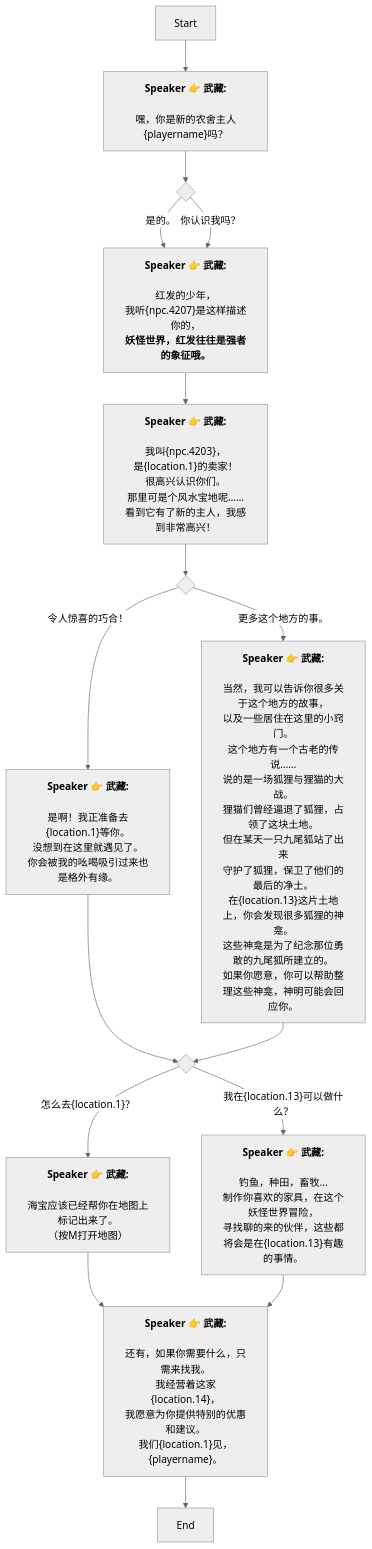
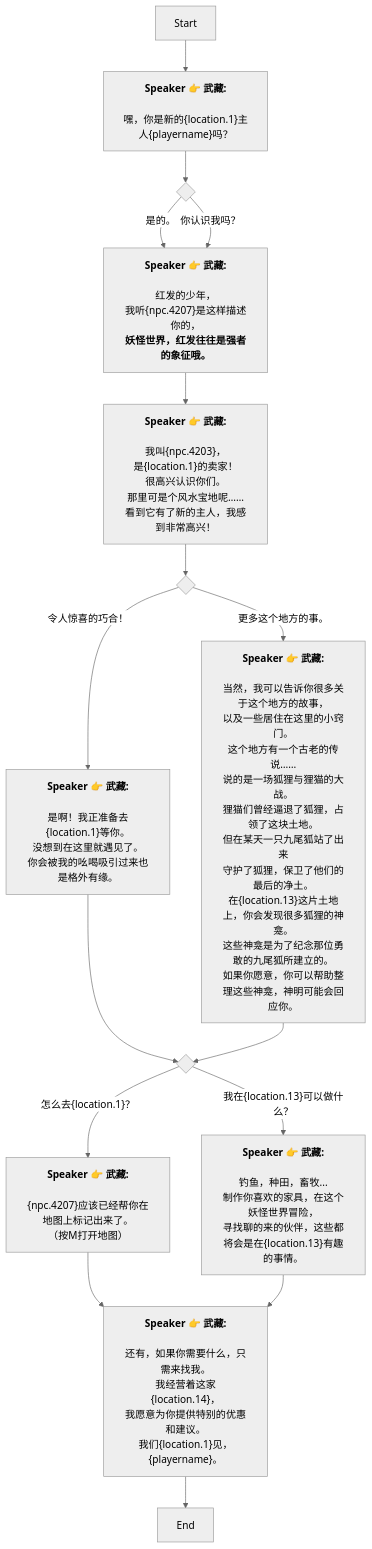
One commit to SoftHu/tos_avg changed the diagram in Zh/AddDialogNode_1738912268757183.md. Above: the diagram before and after it, drawn with Mermaid (neutral theme). The commit also changed 199 other files, not shown here.

````diff
--- a/Zh/AddDialogNode_1738912268757183.md
+++ b/Zh/AddDialogNode_1738912268757183.md
@@ -1,67 +1,67 @@
 ```mermaid
 graph
 Start -->1738912725988551[<b>Speaker 👉 武藏:</b>
 
-嘿，你是新的农舍主人&lbrace;playername&rbrace;吗？]
+嘿，你是新的&lbrace;location.1&rbrace;主人&lbrace;playername&rbrace;吗？]
 1738912725988551 -->1738977695947936{ }
 1738977695947936 -->|是的。|1738977842280613[<b>Speaker 👉 武藏:</b>
 
 红发的少年，
 我听&lbrace;npc.4207&rbrace;是这样描述你的，
 <b>妖怪世界，红发往往是强者的象征哦。</b>]
 1738977695947936 -->|你认识我吗？|1738977842280613[<b>Speaker 👉 武藏:</b>
 
 红发的少年，
 我听&lbrace;npc.4207&rbrace;是这样描述你的，
 <b>妖怪世界，红发往往是强者的象征哦。</b>]
 1738977842280613 -->1740664161411315[<b>Speaker 👉 武藏:</b>
 
 我叫&lbrace;npc.4203&rbrace;，
 是&lbrace;location.1&rbrace;的卖家！
 很高兴认识你们。
 那里可是个风水宝地呢……
 看到它有了新的主人，我感到非常高兴！]
 1740664161411315 -->1738978209587366{ }
 1738978209587366 -->|令人惊喜的巧合！|1738978238674091[<b>Speaker 👉 武藏:</b>
 
 是啊！我正准备去&lbrace;location.1&rbrace;等你。
 没想到在这里就遇见了。
 你会被我的吆喝吸引过来也是格外有缘。]
 1738978209587366 -->|更多这个地方的事。|1738978401349804[<b>Speaker 👉 武藏:</b>
 
 当然，我可以告诉你很多关于这个地方的故事，
 以及一些居住在这里的小窍门。
 这个地方有一个古老的传说……
 说的是一场狐狸与狸猫的大战。
 狸猫们曾经逼退了狐狸，占领了这块土地。
 但在某天一只九尾狐站了出来
 守护了狐狸，保卫了他们的最后的净土。
 在&lbrace;location.13&rbrace;这片土地上，你会发现很多狐狸的神龛。
 这些神龛是为了纪念那位勇敢的九尾狐所建立的。
 如果你愿意，你可以帮助整理这些神龛，神明可能会回应你。]
 1738978238674091 -->1738978802778285{ }
 1738978802778285 -->|怎么去&lbrace;location.1&rbrace;？|1738979190730931[<b>Speaker 👉 武藏:</b>
 
-海宝应该已经帮你在地图上标记出来了。
+&lbrace;npc.4207&rbrace;应该已经帮你在地图上标记出来了。
 （按M打开地图）]
 1738978802778285 -->|我在&lbrace;location.13&rbrace;可以做什么？|1738979238631604[<b>Speaker 👉 武藏:</b>
 
 钓鱼，种田，畜牧...
 制作你喜欢的家具，在这个妖怪世界冒险，
 寻找聊的来的伙伴，这些都将会是在&lbrace;location.13&rbrace;有趣的事情。]
 1738979190730931 -->1738979147702450[<b>Speaker 👉 武藏:</b>
 
 还有，如果你需要什么，只需来找我。
 我经营着这家&lbrace;location.14&rbrace;，
 我愿意为你提供特别的优惠和建议。
 我们&lbrace;location.1&rbrace;见，&lbrace;playername&rbrace;。]
 1738979147702450 -->1738912730366152[End]
 1738979238631604 -->1738979147702450[<b>Speaker 👉 武藏:</b>
 
 还有，如果你需要什么，只需来找我。
 我经营着这家&lbrace;location.14&rbrace;，
 我愿意为你提供特别的优惠和建议。
 我们&lbrace;location.1&rbrace;见，&lbrace;playername&rbrace;。]
 1738978401349804 -->1738978802778285{ }
 
  ```
````
